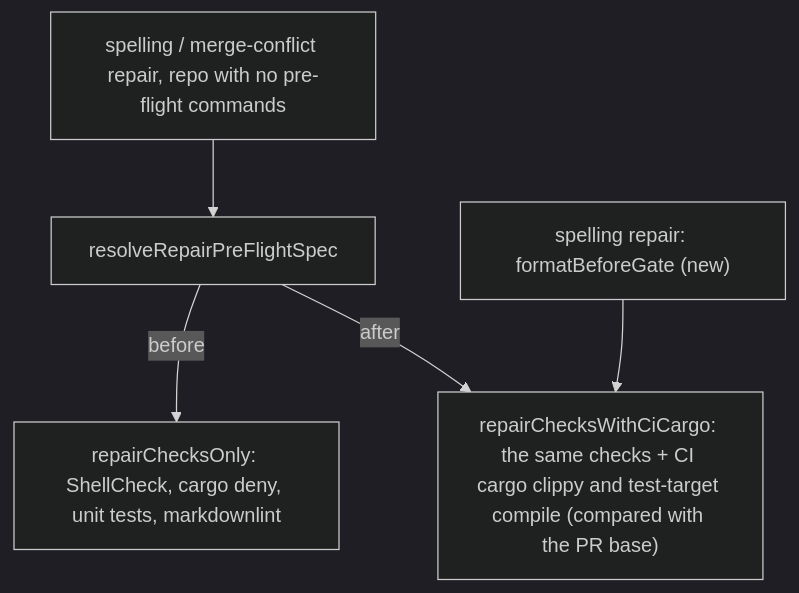
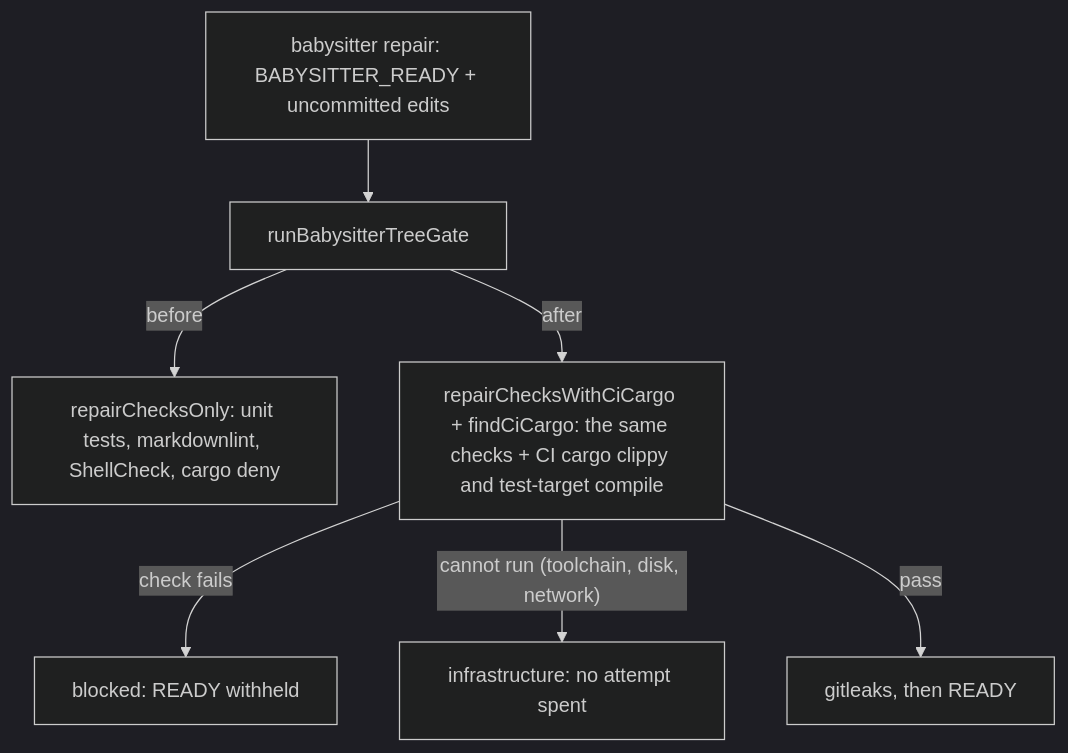
One commit to stSoftwareAU/VibeCoder changed the diagram in docs/archive/pr-summaries/pr-summary-5169.md. Above: the diagram before and after it, drawn with Mermaid (dark theme). The commit also changed other lines of this file, not shown here.

````diff
--- a/docs/archive/pr-summaries/pr-summary-5169.md
+++ b/docs/archive/pr-summaries/pr-summary-5169.md
@@ -60,7 +69,9 @@
 ```mermaid
 flowchart TD
-    R["spelling / merge-conflict repair, repo with no pre-flight commands"] --> S["resolveRepairPreFlightSpec"]
-    S -- before --> O["repairChecksOnly: ShellCheck, cargo deny, unit tests, markdownlint"]
-    S -- after --> C["repairChecksWithCiCargo: the same checks + CI cargo clippy and test-target compile (compared with the PR base)"]
-    F["spelling repair: formatBeforeGate (new)"] --> C
+    A["babysitter repair: BABYSITTER_READY + uncommitted edits"] --> G["runBabysitterTreeGate"]
+    G -- before --> O["repairChecksOnly: unit tests, markdownlint, ShellCheck, cargo deny"]
+    G -- after --> C["repairChecksWithCiCargo + findCiCargo: the same checks + CI cargo clippy and test-target compile"]
+    C -- "check fails" --> B["blocked: READY withheld"]
+    C -- "cannot run (toolchain, disk, network)" --> I["infrastructure: no attempt spent"]
+    C -- pass --> L["gitleaks, then READY"]
 ```
````
